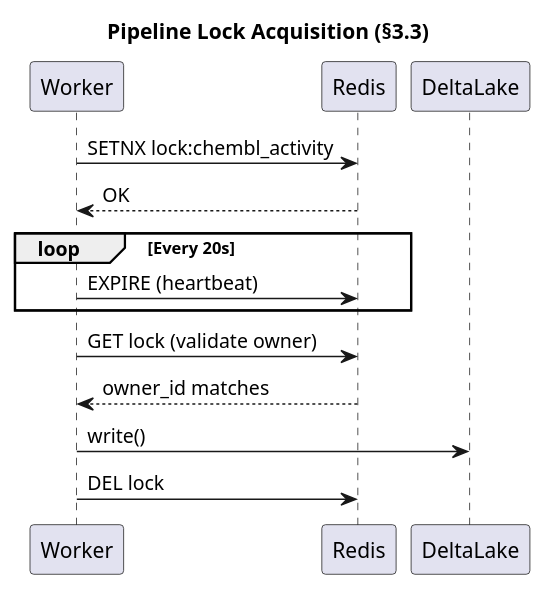
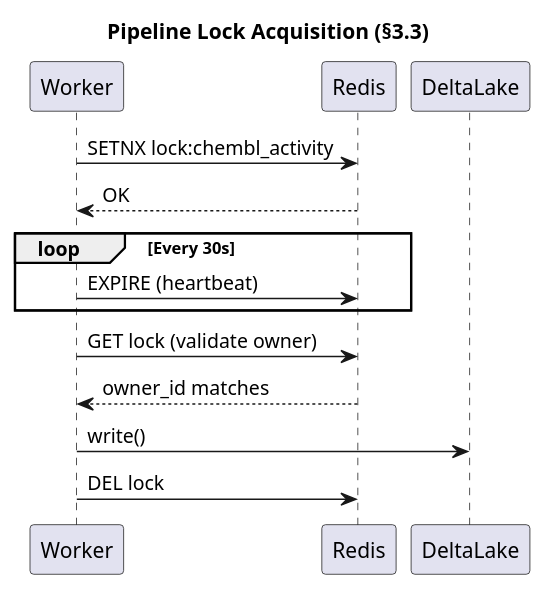
Before and after one commit to SatoryKono/BioactivityDataAcquisition: the fourth of 4 diagrams in docs/02-architecture/diagrams/00-diagramming-policy.md, drawn with PlantUML. The commit also changed 13 other files, not shown here.

````diff
--- a/docs/02-architecture/diagrams/00-diagramming-policy.md
+++ b/docs/02-architecture/diagrams/00-diagramming-policy.md
@@ -228,23 +228,23 @@
 ```plantuml
 @startuml
 title Pipeline Lock Acquisition (§3.3)
 
 participant Worker
 participant Redis
 participant DeltaLake
 
 Worker -> Redis: SETNX lock:chembl_activity
 Redis --> Worker: OK
 
-loop Every 20s
+loop Every 30s
     Worker -> Redis: EXPIRE (heartbeat)
 end
 
 Worker -> Redis: GET lock (validate owner)
 Redis --> Worker: owner_id matches
 
 Worker -> DeltaLake: write()
 
 Worker -> Redis: DEL lock
 @enduml
 ```
````
